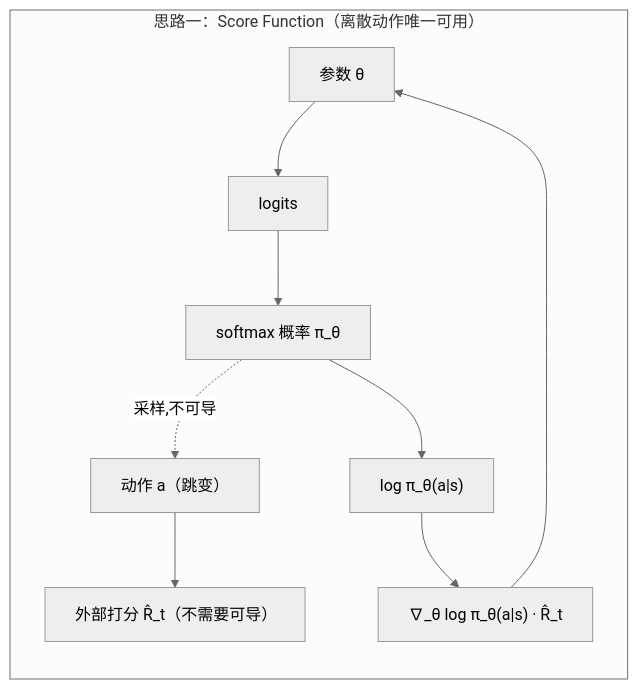
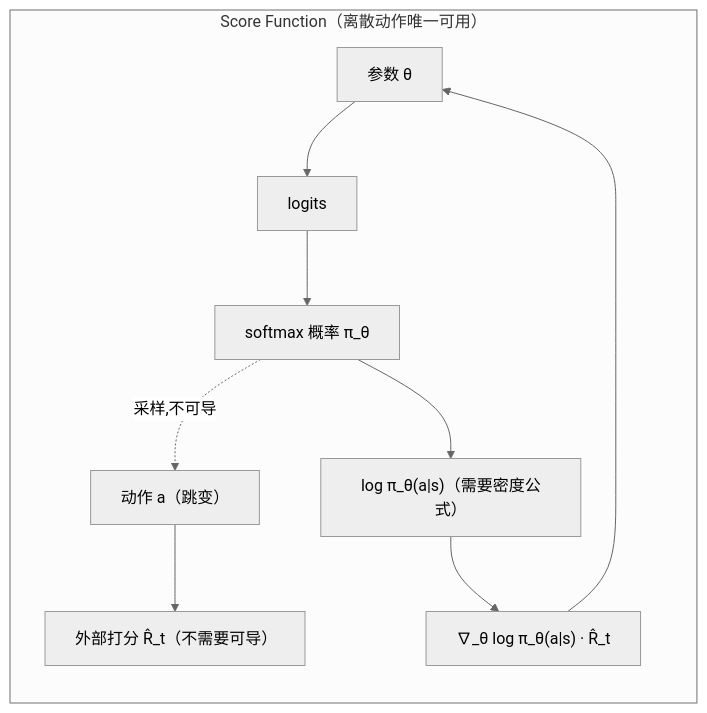
Before and after one commit to endlesscollider/paper: the first of 2 diagrams in 前置知识/001r_前置知识_连续动作与离散动作的梯度回传.md, drawn with Mermaid (neutral theme). The commit also changed other lines of this file and 739 other files, not shown here.

First line of the commit message:
docs: 更新文章、系列与论文综述，新增配图与绘图脚本

````diff
--- a/前置知识/001r_前置知识_连续动作与离散动作的梯度回传.md
+++ b/前置知识/001r_前置知识_连续动作与离散动作的梯度回传.md
@@ -285,11 +196,11 @@
 ```mermaid
 flowchart LR
-    subgraph SF["思路一：Score Function（离散动作唯一可用）"]
+    subgraph SF["Score Function（离散动作唯一可用）"]
         theta1["参数 θ"] --> logits["logits"] --> softmax["softmax 概率 π_θ"]
         softmax -.采样,不可导.-> action1["动作 a（跳变）"]
         action1 --> R["外部打分 R̂_t（不需要可导）"]
-        softmax --> logprob["log π_θ(a|s)"]
+        softmax --> logprob["log π_θ(a|s)（需要密度公式）"]
         logprob --> grad1["∇_θ log π_θ(a|s) · R̂_t"]
         grad1 --> theta1
     end
 ```
````
